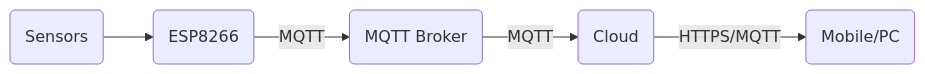
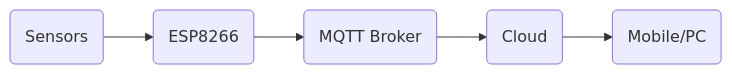
Before and after one commit to Electronics-Pro/soil-quality-monitoring: the diagram in README.md, drawn with Mermaid. The commit also changed other lines of this file, not shown here.

````diff
--- a/README.md
+++ b/README.md
@@ -5,7 +29,7 @@
 ```mermaid
 graph LR
 A(Sensors) --> B(ESP8266)
-B --MQTT--> C(MQTT Broker)
-C --MQTT--> D(Cloud)
-D --HTTPS/MQTT--> E(Mobile/PC)
+B --> C(MQTT Broker)
+C --> D(Cloud)
+D --> E(Mobile/PC)
 ```
````
